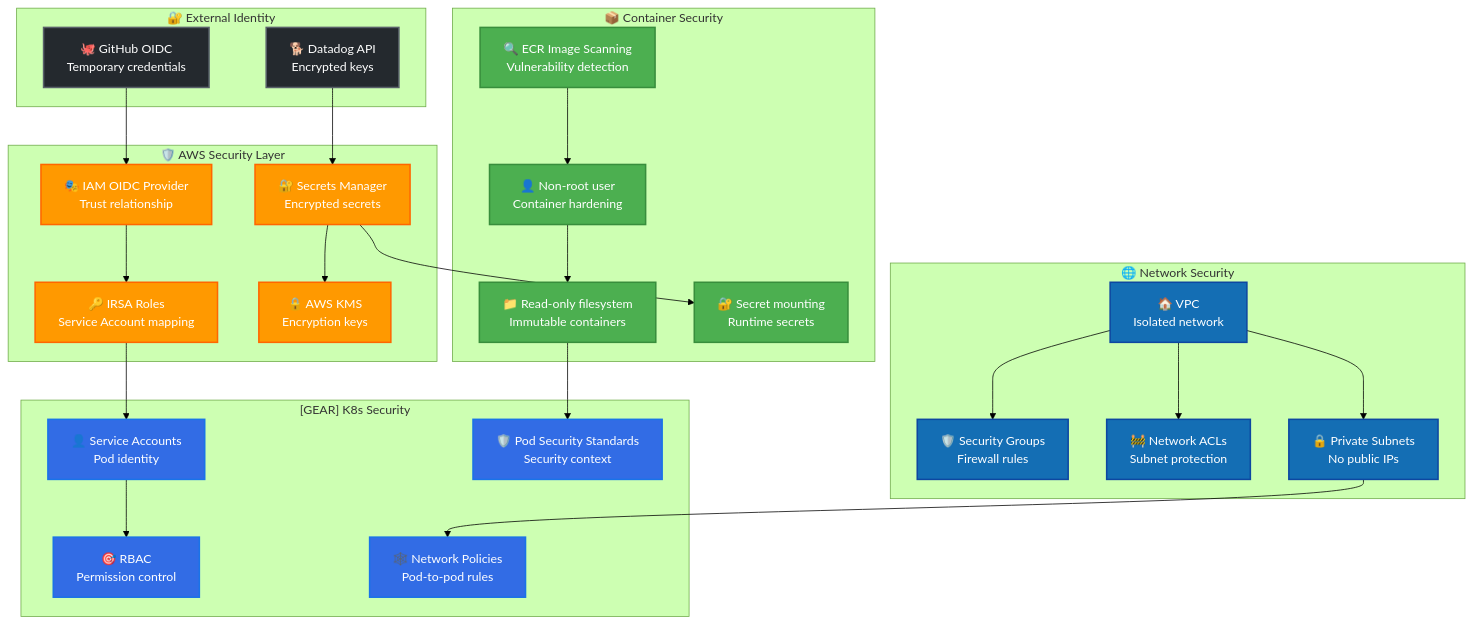
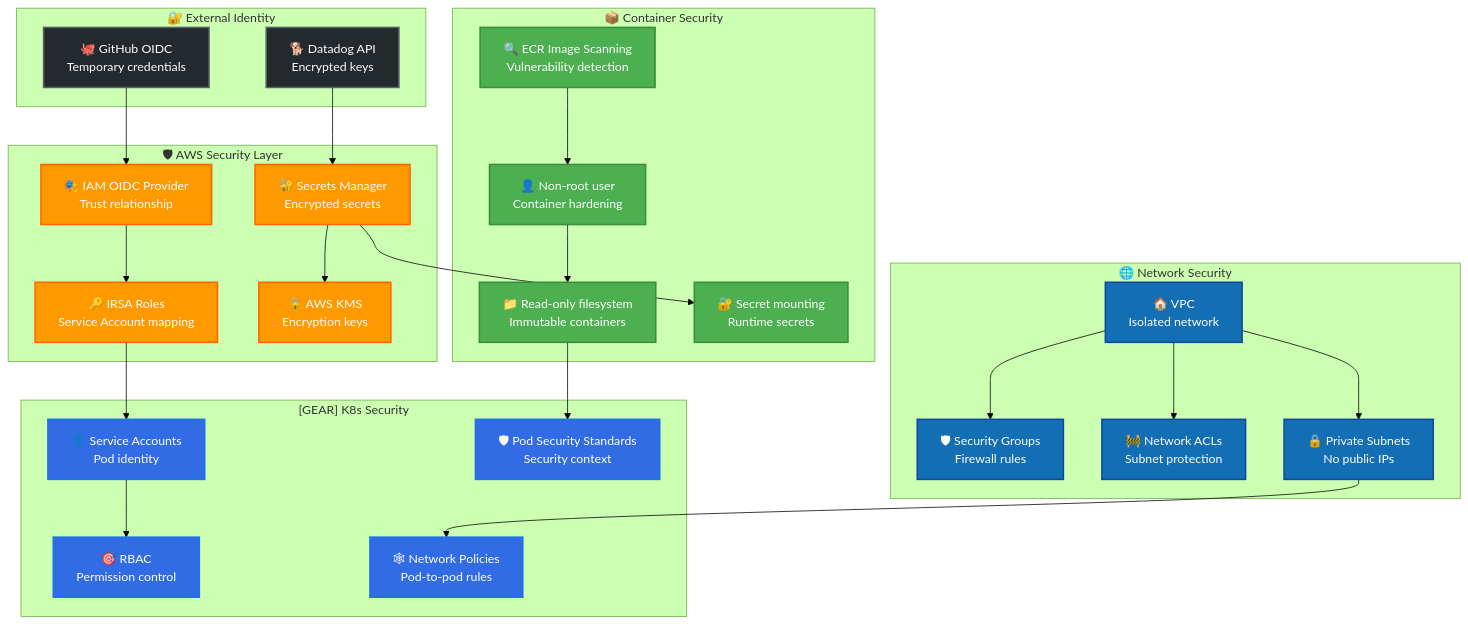
One commit to peddepri/case changed the sixth of 6 diagrams in docs/producao/arquitetura-diagramas-mermaid.md. Above: the diagram before and after it, drawn with Mermaid (forest theme). The commit also changed other lines of this file and 100 other files, not shown here.

````diff
--- a/docs/producao/arquitetura-diagramas-mermaid.md
+++ b/docs/producao/arquitetura-diagramas-mermaid.md
@@ -388,72 +388,72 @@
 ```mermaid
 graph TD
     %% External Identity
     subgraph "🔐 External Identity"
         GH_OIDC[🐙 GitHub OIDC<br/>Temporary credentials]
         DD_API[🐕 Datadog API<br/>Encrypted keys]
     end
     
     %% AWS Security Services
-    subgraph "🛡️ AWS Security Layer"
+    subgraph "🛡 AWS Security Layer"
         IAM_OIDC[🎭 IAM OIDC Provider<br/>Trust relationship]
         IRSA[🔑 IRSA Roles<br/>Service Account mapping]
         SM[🔐 Secrets Manager<br/>Encrypted secrets]
         KMS[🔒 AWS KMS<br/>Encryption keys]
     end
     
     %% Network Security
     subgraph "🌐 Network Security"
         VPC[🏠 VPC<br/>Isolated network]
-        SG[🛡️ Security Groups<br/>Firewall rules]
+        SG[🛡 Security Groups<br/>Firewall rules]
         NACL[🚧 Network ACLs<br/>Subnet protection]
         PRIV[🔒 Private Subnets<br/>No public IPs]
     end
     
     %% Kubernetes Security
     subgraph "[GEAR] K8s Security"
         SA[👤 Service Accounts<br/>Pod identity]
         RBAC[🎯 RBAC<br/>Permission control]
-        NET_POL[🕸️ Network Policies<br/>Pod-to-pod rules]
-        PSS[🛡️ Pod Security Standards<br/>Security context]
+        NET_POL[🕸 Network Policies<br/>Pod-to-pod rules]
+        PSS[🛡 Pod Security Standards<br/>Security context]
     end
     
     %% Container Security
     subgraph "📦 Container Security"
         ECR_SCAN[🔍 ECR Image Scanning<br/>Vulnerability detection]
         NONROOT[👤 Non-root user<br/>Container hardening]
         RO_FS[📁 Read-only filesystem<br/>Immutable containers]
         SECRETS[🔐 Secret mounting<br/>Runtime secrets]
     end
     
     %% Connections
     GH_OIDC --> IAM_OIDC
     IAM_OIDC --> IRSA
     IRSA --> SA
     SA --> RBAC
     
     SM --> KMS
     SM --> SECRETS
     DD_API --> SM
     
     VPC --> SG
     VPC --> NACL
     VPC --> PRIV
     PRIV --> NET_POL
     
     ECR_SCAN --> NONROOT
     NONROOT --> RO_FS
     RO_FS --> PSS
     
     %% Styling
     classDef external fill:#24292e,stroke:#586069,stroke-width:2px,color:#fff
     classDef awsSec fill:#ff9900,stroke:#ff6600,stroke-width:2px,color:#fff
     classDef network fill:#146eb4,stroke:#0d47a1,stroke-width:2px,color:#fff
     classDef k8sSec fill:#326ce5,stroke:#1a73e8,stroke-width:2px,color:#fff
     classDef container fill:#4caf50,stroke:#388e3c,stroke-width:2px,color:#fff
     
     class GH_OIDC,DD_API external
     class IAM_OIDC,IRSA,SM,KMS awsSec
     class VPC,SG,NACL,PRIV network
     class SA,RBAC,NET_POL,PSS k8sSec
     class ECR_SCAN,NONROOT,RO_FS,SECRETS container
 ```
````
